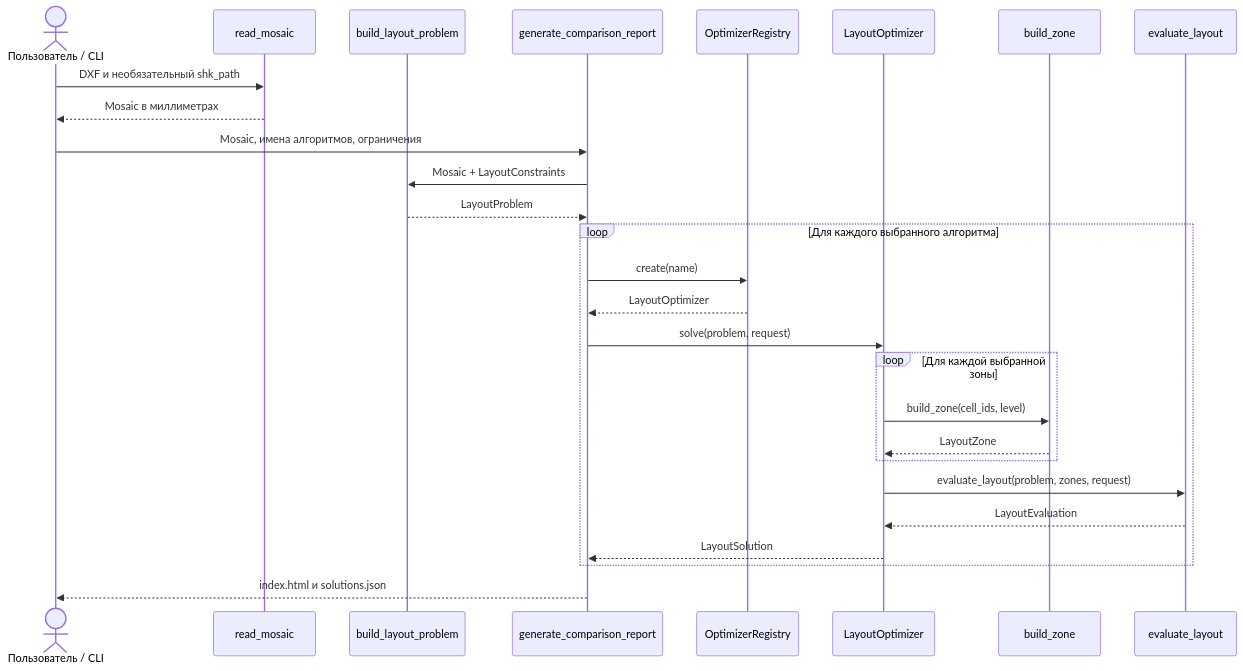
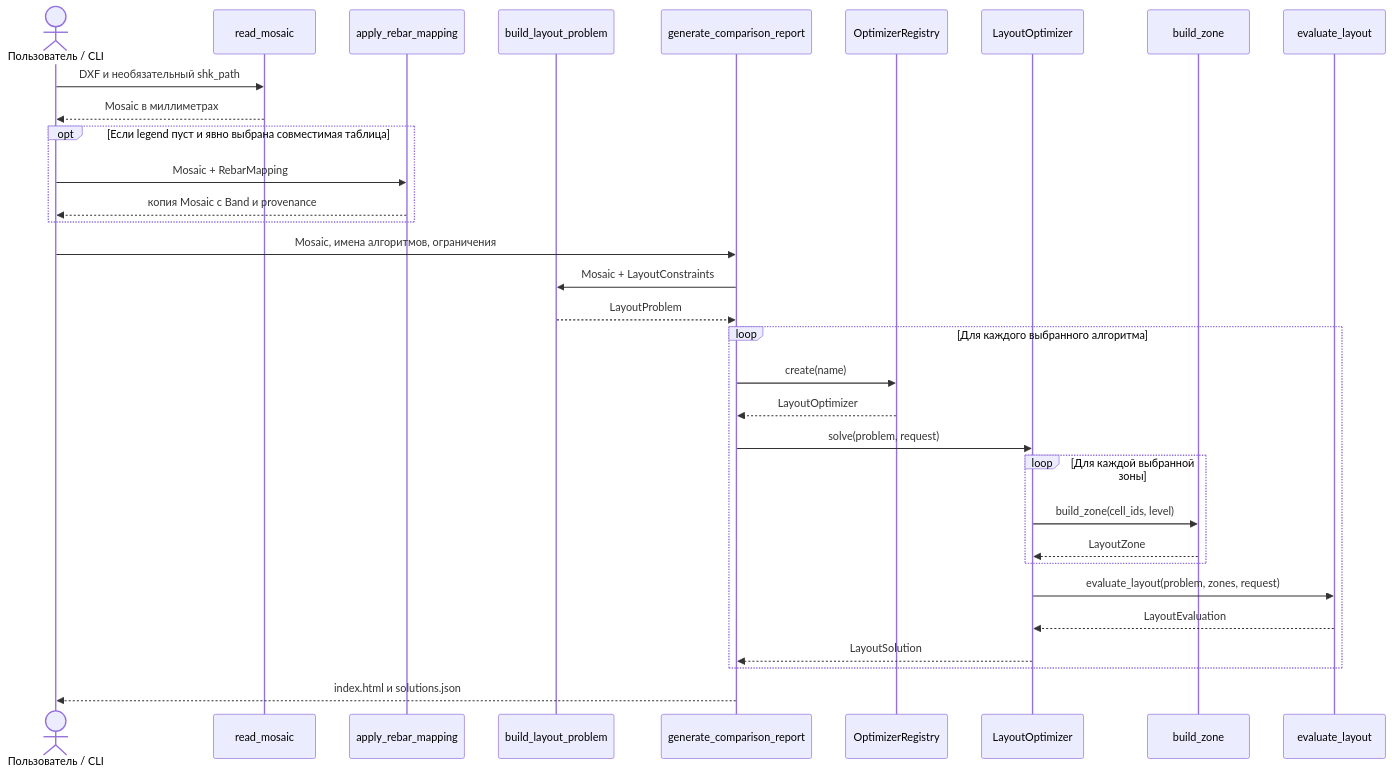
One commit to Temmmmmo/qmonitoring-a101-project changed the second of 3 diagrams in docs/algorithms.md. Above: the diagram before and after it, drawn with Mermaid. The commit also changed other lines of this file and 16 other files, not shown here.

Commit message:
feat: add plate zero rebar mapping

````diff
--- a/docs/algorithms.md
+++ b/docs/algorithms.md
@@ -87,32 +92,37 @@
 ```mermaid
 sequenceDiagram
     actor User as Пользователь / CLI
     participant Ingest as read_mosaic
+    participant Mapping as apply_rebar_mapping
     participant Adapter as build_layout_problem
     participant Report as generate_comparison_report
     participant Registry as OptimizerRegistry
     participant Algorithm as LayoutOptimizer
     participant Detailing as build_zone
     participant Validator as evaluate_layout
 
     User->>Ingest: DXF и необязательный shk_path
     Ingest-->>User: Mosaic в миллиметрах
+    opt Если legend пуст и явно выбрана совместимая таблица
+        User->>Mapping: Mosaic + RebarMapping
+        Mapping-->>User: копия Mosaic с Band и provenance
+    end
     User->>Report: Mosaic, имена алгоритмов, ограничения
     Report->>Adapter: Mosaic + LayoutConstraints
     Adapter-->>Report: LayoutProblem
 
     loop Для каждого выбранного алгоритма
         Report->>Registry: create(name)
         Registry-->>Report: LayoutOptimizer
         Report->>Algorithm: solve(problem, request)
         loop Для каждой выбранной зоны
             Algorithm->>Detailing: build_zone(cell_ids, level)
             Detailing-->>Algorithm: LayoutZone
         end
         Algorithm->>Validator: evaluate_layout(problem, zones, request)
         Validator-->>Algorithm: LayoutEvaluation
         Algorithm-->>Report: LayoutSolution
     end
 
     Report-->>User: index.html и solutions.json
 ```
````
